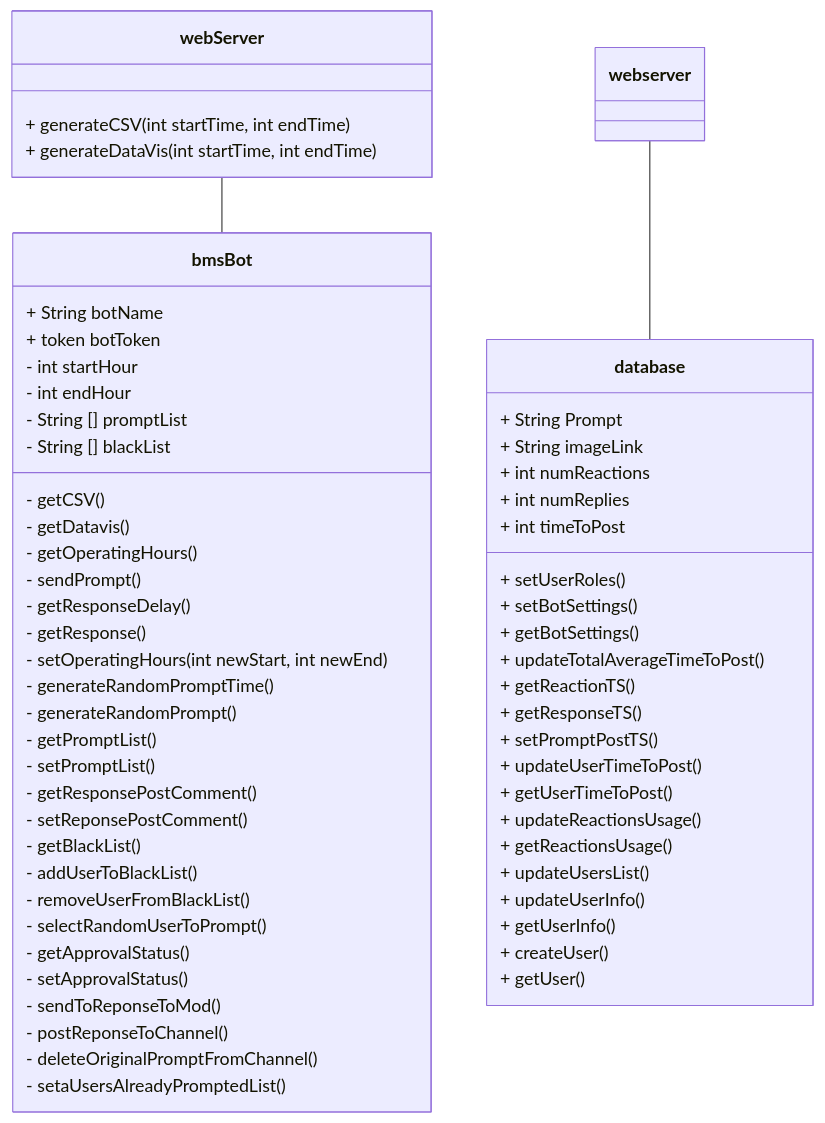
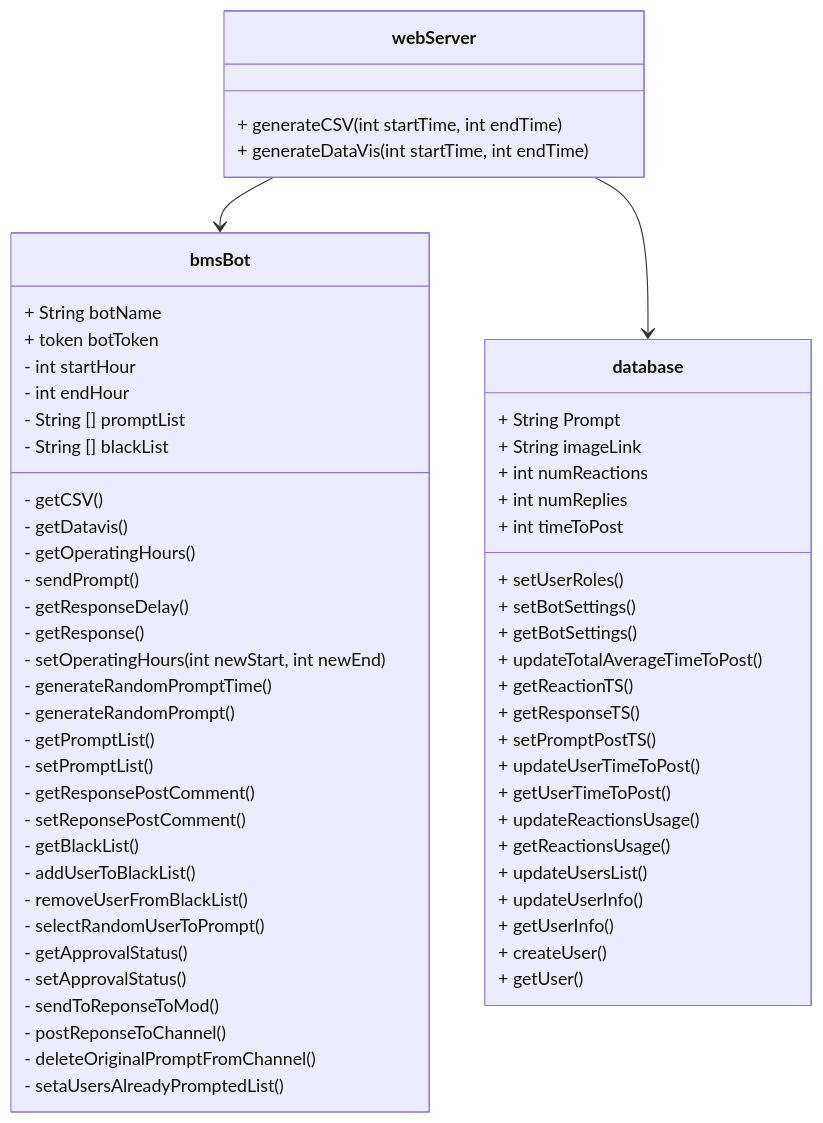
The diagram in documentation/docs/system-architecture/design.md (Capstone-Projects-2023-Fall/project-bereal-meets-slack), drawn with Mermaid before and after one commit.

Commit message:
Update design.md
Updated Class diagram

````diff
--- a/documentation/docs/system-architecture/design.md
+++ b/documentation/docs/system-architecture/design.md
@@ -25,64 +25,64 @@
 ```mermaid
 classDiagram
-webServer -- bmsBot
-webserver -- database
+webServer --> bmsBot
+webServer --> database
 class webServer{
   + generateCSV(int startTime, int endTime)
   + generateDataVis(int startTime, int endTime)
 }
 class bmsBot{
   + String botName
   + token botToken
   - int startHour
   - int endHour
   - String [] promptList
   - String [] blackList
   - getCSV()
   - getDatavis()
   - getOperatingHours()
   - sendPrompt()
   - getResponseDelay()
   - getResponse()
   - setOperatingHours(int newStart, int newEnd)
   - generateRandomPromptTime()
   - generateRandomPrompt()
   - getPromptList()
   - setPromptList()
   - getResponsePostComment()
   - setReponsePostComment()
   - getBlackList()
   - addUserToBlackList()
   - removeUserFromBlackList()
   - selectRandomUserToPrompt()
   - getApprovalStatus()
   - setApprovalStatus()
   - sendToReponseToMod()
   - postReponseToChannel()
   - deleteOriginalPromptFromChannel()
   - setaUsersAlreadyPromptedList()
 }
 class database{
   + String Prompt
   + String imageLink
   + int numReactions
   + int numReplies
   + int timeToPost 
   + setUserRoles()
   + setBotSettings()
   + getBotSettings()
   + updateTotalAverageTimeToPost()
   + getReactionTS()
   + getResponseTS()
   + setPromptPostTS()
   + updateUserTimeToPost()
   + getUserTimeToPost()
   + updateReactionsUsage()
   + getReactionsUsage()
   + updateUsersList()
   + updateUserInfo()
   + getUserInfo()
   + createUser()
   + getUser()
 
 }
 ```
````
